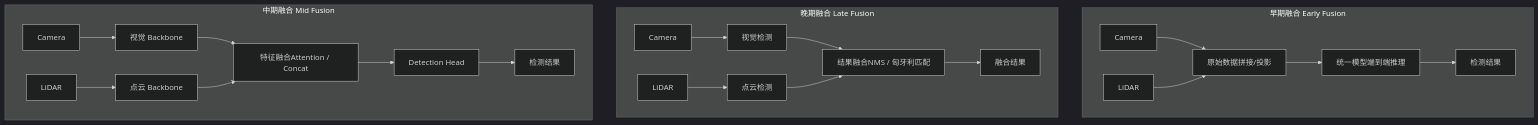
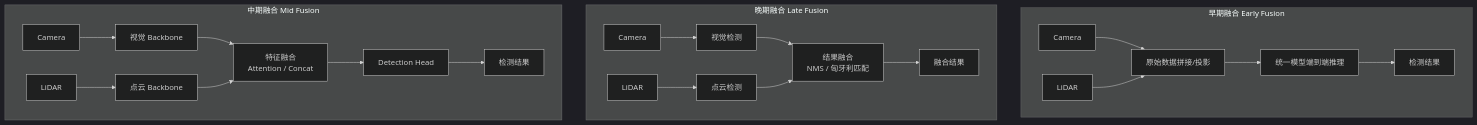
Before and after one commit to ranpin/edge-ai-docs: the fourth of 6 diagrams in robot/general/deployment.md, drawn with Mermaid (dark theme). The commit also changed other lines of this file and 4 other files, not shown here.

````diff
--- a/robot/general/deployment.md
+++ b/robot/general/deployment.md
@@ -200,26 +258,26 @@
 ```mermaid
 graph TB
     subgraph 早期融合 Early Fusion
         E1["Camera"] --> EF["原始数据拼接/投影"]
         E2["LiDAR"] --> EF
         EF --> EM["统一模型端到端推理"]
         EM --> ER["检测结果"]
     end
 
     subgraph 晚期融合 Late Fusion
         L1["Camera"] --> LM1["视觉检测"]
         L2["LiDAR"] --> LM2["点云检测"]
-        LM1 --> LF["结果融合NMS / 匈牙利匹配"]
+        LM1 --> LF["结果融合<br/>NMS / 匈牙利匹配"]
         LM2 --> LF
         LF --> LR["融合结果"]
     end
 
     subgraph 中期融合 Mid Fusion
         M1["Camera"] --> MF1["视觉 Backbone"]
         M2["LiDAR"] --> MF2["点云 Backbone"]
-        MF1 --> MID["特征融合Attention / Concat"]
+        MF1 --> MID["特征融合<br/>Attention / Concat"]
         MF2 --> MID
         MID --> MH["Detection Head"]
         MH --> MR["检测结果"]
     end
 ```
````
